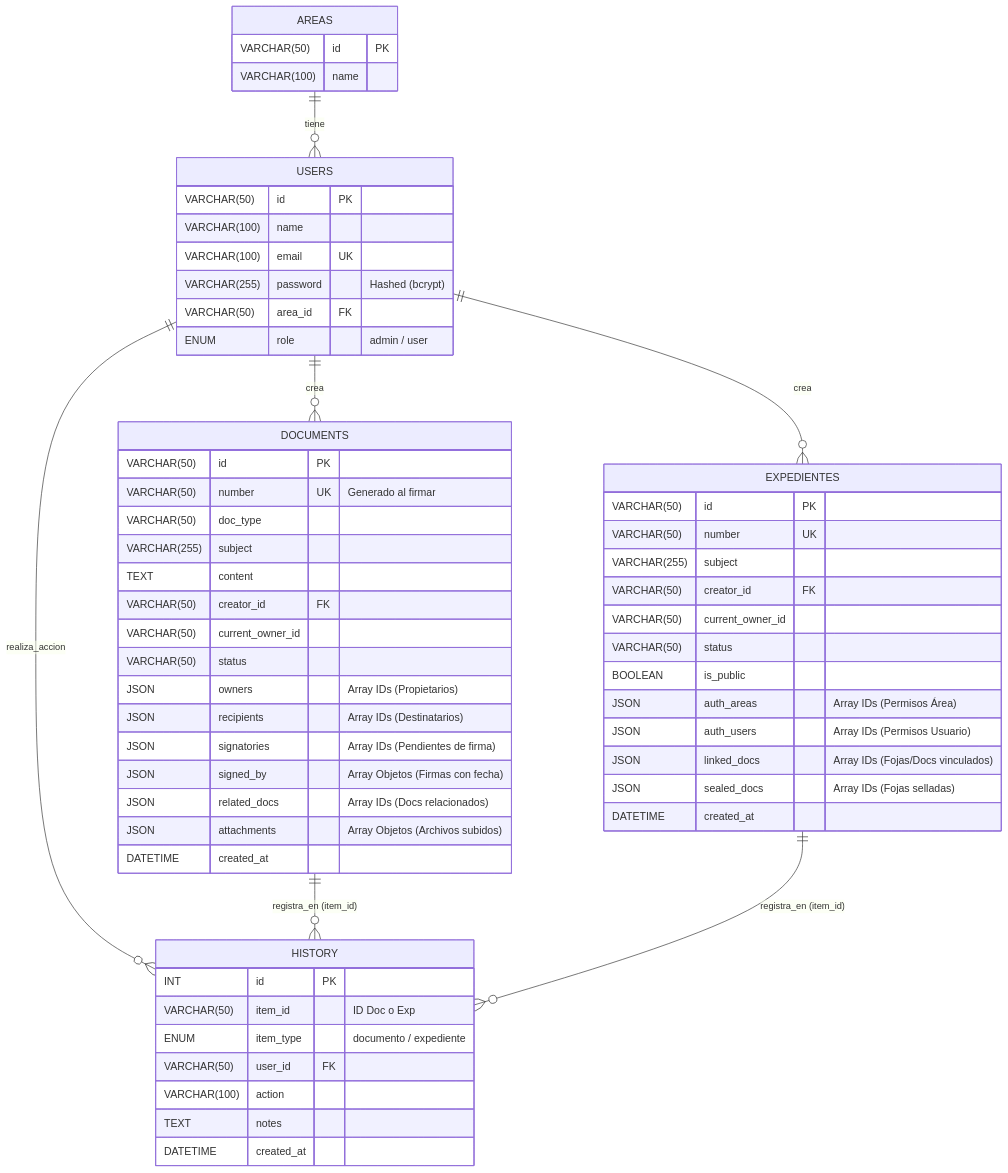
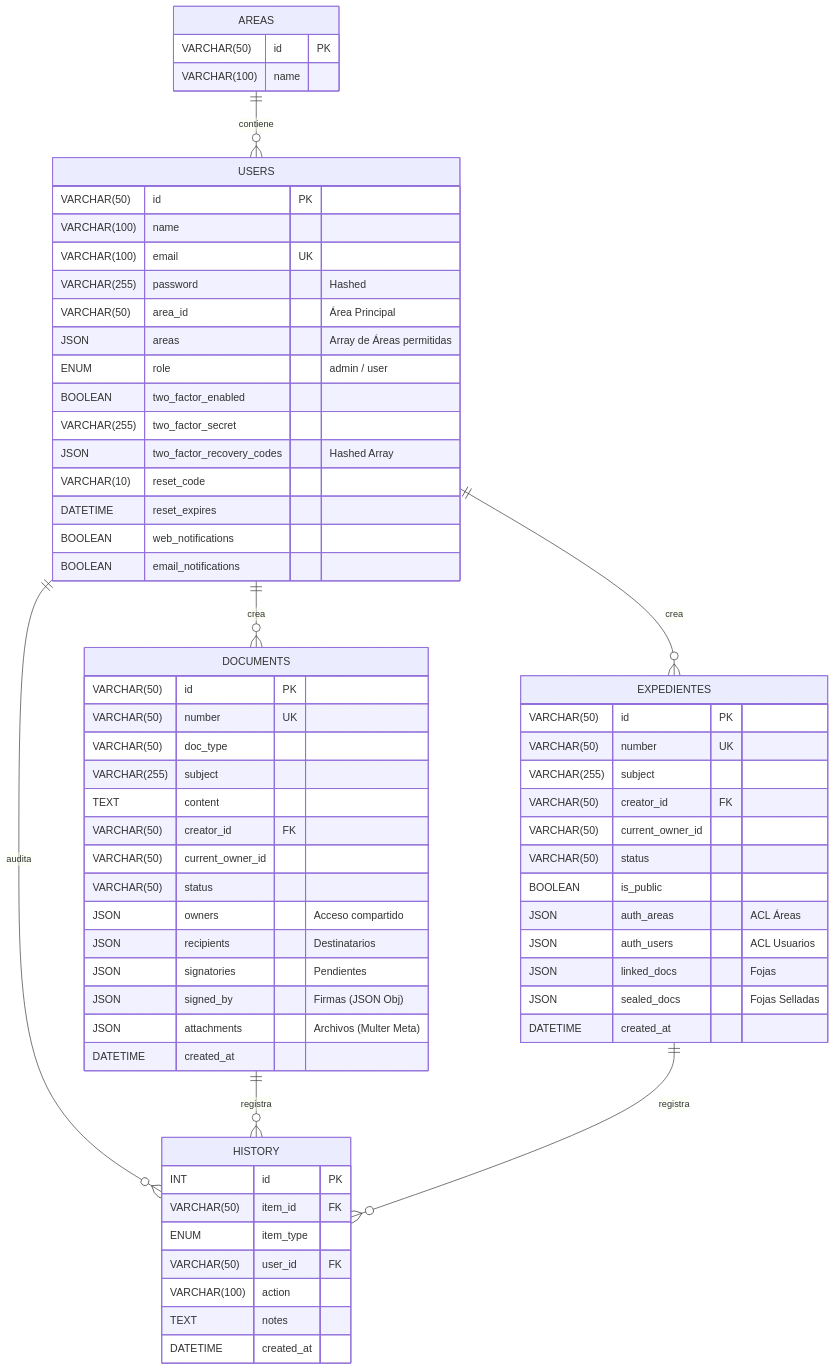
The fourth of 4 diagrams in README.md (sheyk87/Sistema_Documental_JS), drawn with Mermaid before and after one commit. The commit also changed other lines of this file, not shown here.

````diff
--- a/README.md
+++ b/README.md
@@ -105,69 +142,73 @@
 ```mermaid
 erDiagram
     AREAS {
         VARCHAR(50) id PK
         VARCHAR(100) name
     }
     
     USERS {
         VARCHAR(50) id PK
         VARCHAR(100) name
         VARCHAR(100) email UK
-        VARCHAR(255) password "Hashed (bcrypt)"
-        VARCHAR(50) area_id FK
+        VARCHAR(255) password "Hashed"
+        VARCHAR(50) area_id "Área Principal"
+        JSON areas "Array de Áreas permitidas"
         ENUM role "admin / user"
+        BOOLEAN two_factor_enabled
+        VARCHAR(255) two_factor_secret
+        JSON two_factor_recovery_codes "Hashed Array"
+        VARCHAR(10) reset_code
+        DATETIME reset_expires
+        BOOLEAN web_notifications
+        BOOLEAN email_notifications
     }
     
     DOCUMENTS {
         VARCHAR(50) id PK
-        VARCHAR(50) number UK "Generado al firmar"
+        VARCHAR(50) number UK
         VARCHAR(50) doc_type
         VARCHAR(255) subject
         TEXT content
         VARCHAR(50) creator_id FK
         VARCHAR(50) current_owner_id
         VARCHAR(50) status
-        JSON owners "Array IDs (Propietarios)"
-        JSON recipients "Array IDs (Destinatarios)"
-        JSON signatories "Array IDs (Pendientes de firma)"
-        JSON signed_by "Array Objetos (Firmas con fecha)"
-        JSON related_docs "Array IDs (Docs relacionados)"
-        JSON attachments "Array Objetos (Archivos subidos)"
+        JSON owners "Acceso compartido"
+        JSON recipients "Destinatarios"
+        JSON signatories "Pendientes"
+        JSON signed_by "Firmas (JSON Obj)"
+        JSON attachments "Archivos (Multer Meta)"
         DATETIME created_at
     }
     
     EXPEDIENTES {
         VARCHAR(50) id PK
         VARCHAR(50) number UK
         VARCHAR(255) subject
         VARCHAR(50) creator_id FK
         VARCHAR(50) current_owner_id
         VARCHAR(50) status
         BOOLEAN is_public
-        JSON auth_areas "Array IDs (Permisos Área)"
-        JSON auth_users "Array IDs (Permisos Usuario)"
-        JSON linked_docs "Array IDs (Fojas/Docs vinculados)"
-        JSON sealed_docs "Array IDs (Fojas selladas)"
+        JSON auth_areas "ACL Áreas"
+        JSON auth_users "ACL Usuarios"
+        JSON linked_docs "Fojas"
+        JSON sealed_docs "Fojas Selladas"
         DATETIME created_at
     }
     
     HISTORY {
         INT id PK
-        VARCHAR(50) item_id "ID Doc o Exp"
-        ENUM item_type "documento / expediente"
+        VARCHAR(50) item_id FK
+        ENUM item_type
         VARCHAR(50) user_id FK
         VARCHAR(100) action
         TEXT notes
         DATETIME created_at
     }
 
-    %% Relaciones Físicas (Foreign Keys)
-    AREAS ||--o{ USERS : "tiene"
+    AREAS ||--o{ USERS : "contiene"
     USERS ||--o{ DOCUMENTS : "crea"
     USERS ||--o{ EXPEDIENTES : "crea"
-    USERS ||--o{ HISTORY : "realiza_accion"
-
-    %% Relaciones Lógicas (A través de IDs o JSON)
-    DOCUMENTS ||--o{ HISTORY : "registra_en (item_id)"
-    EXPEDIENTES ||--o{ HISTORY : "registra_en (item_id)"
+    USERS ||--o{ HISTORY : "audita"
+    DOCUMENTS ||--o{ HISTORY : "registra"
+    EXPEDIENTES ||--o{ HISTORY : "registra"
 ```
````
